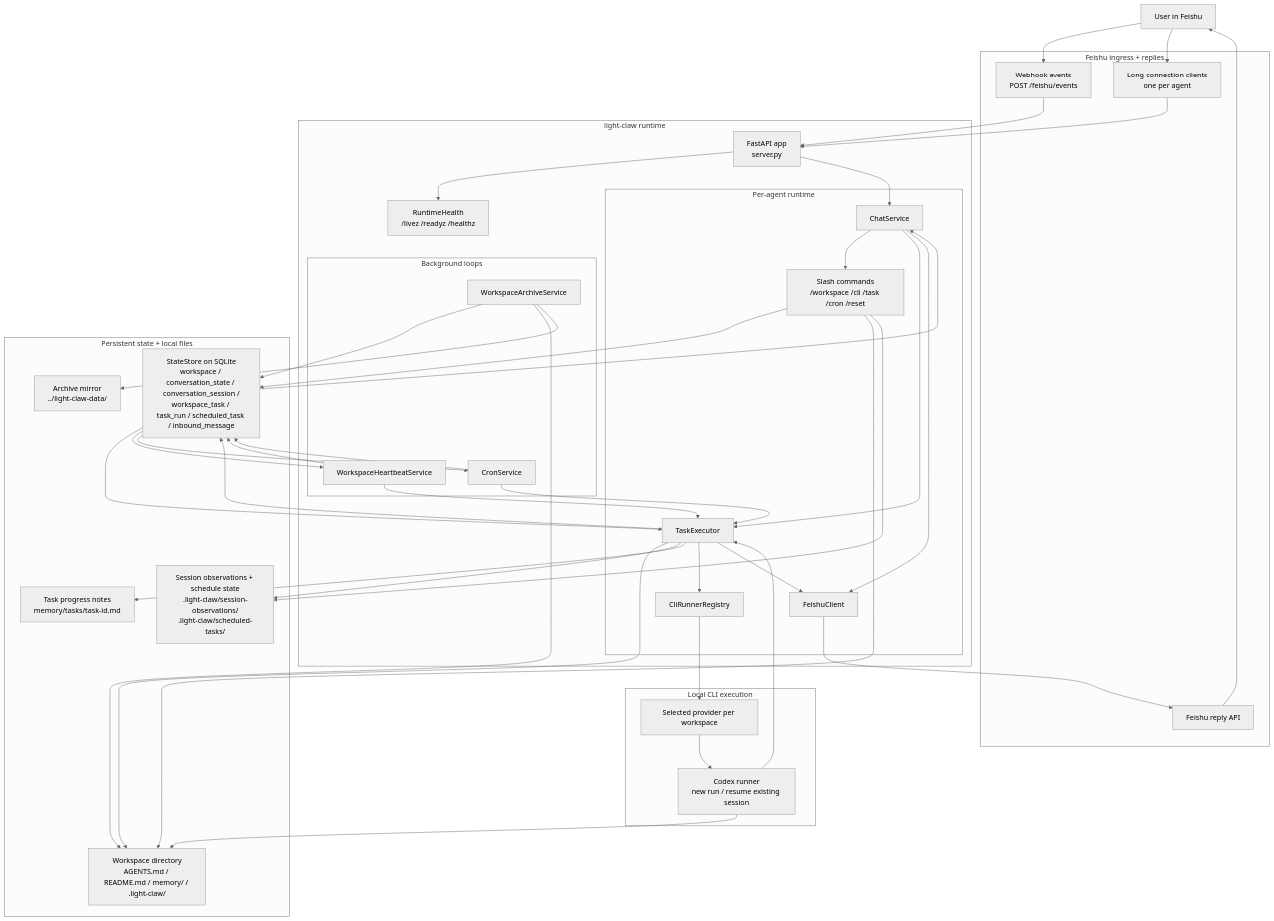
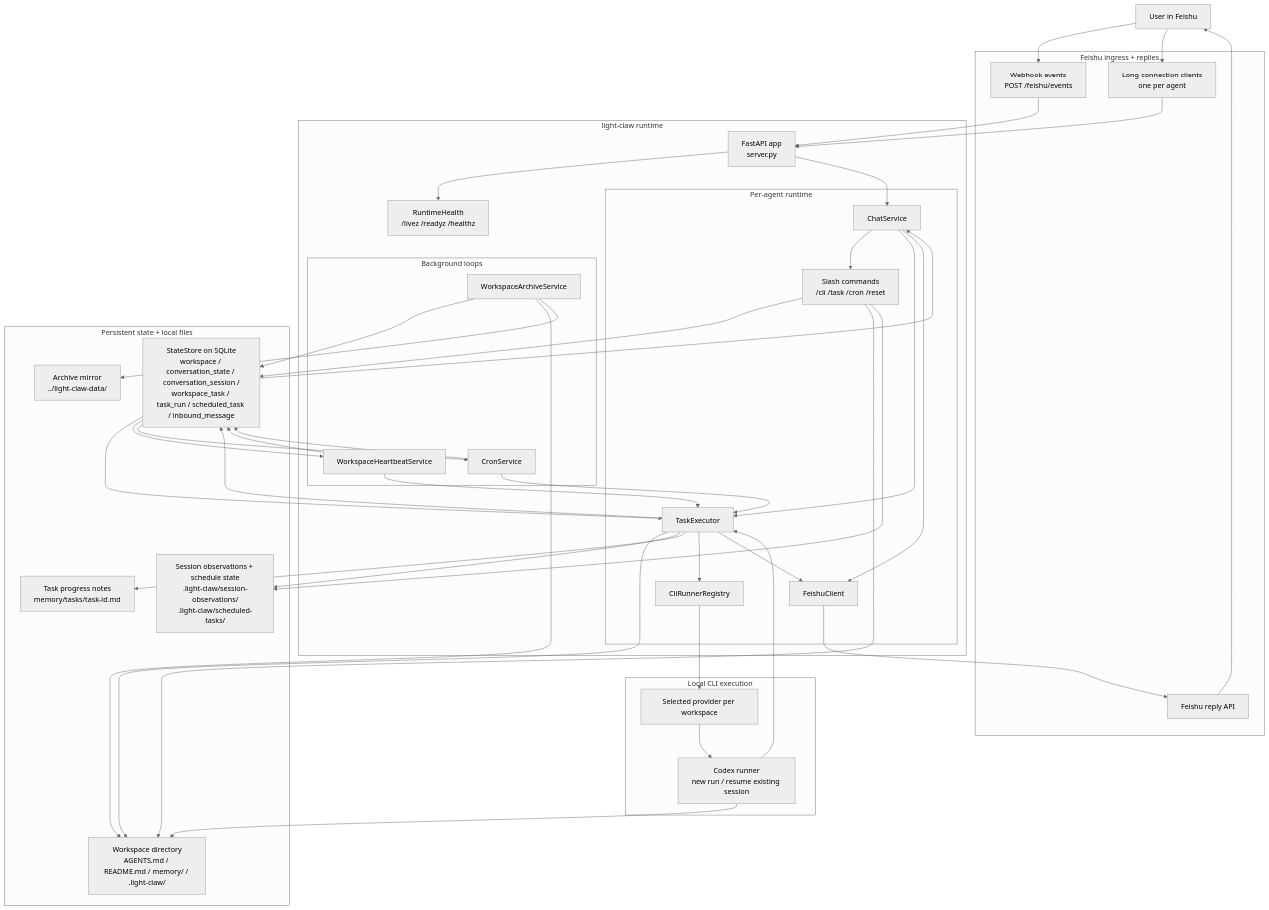
The diagram in README.md (Skywuuuu/light-claw), drawn with Mermaid (neutral theme) before and after one commit. The commit also changed other lines of this file and 12 other files, not shown here.

```diff
--- a/README.md
+++ b/README.md
@@ -59,7 +55,7 @@
 
     subgraph agent_runtime[Per-agent runtime]
       chat[ChatService]
-      commands[Slash commands\n/workspace /cli /task /cron /reset]
+      commands[Slash commands\n/cli /task /cron /reset]
       taskexec[TaskExecutor]
       registry[CliRunnerRegistry]
       feishu_client[FeishuClient]
```
